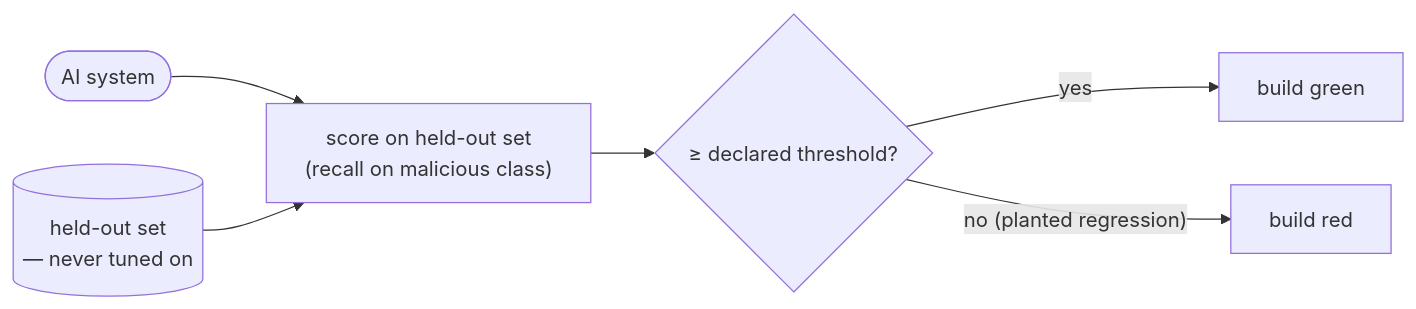
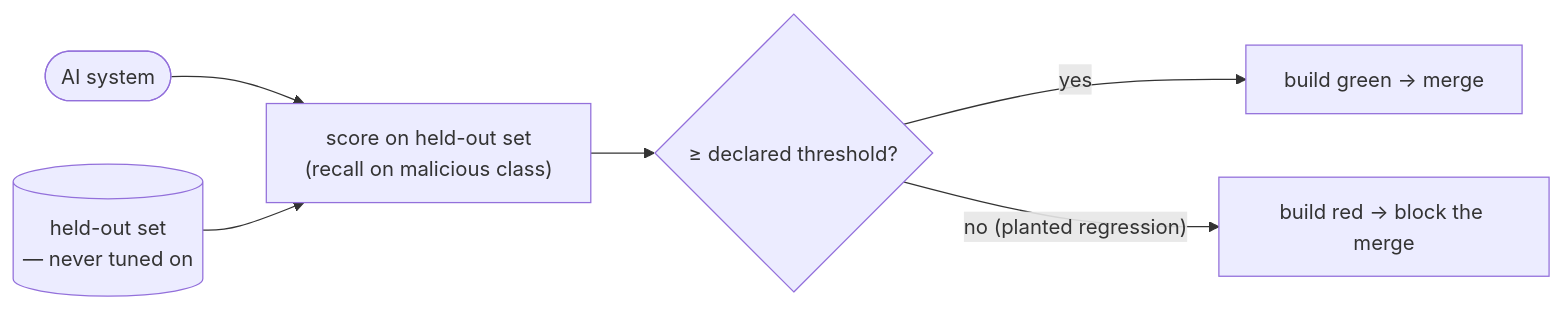
Before and after one commit to plaintext-security/plaintext: the second of 2 diagrams in tracks/12-ai-augmented-ops/modules/11-ai-evaluation/README.md, drawn with Mermaid. The commit also changed other lines of this file and 19 other files, not shown here.

````diff
--- a/tracks/12-ai-augmented-ops/modules/11-ai-evaluation/README.md
+++ b/tracks/12-ai-augmented-ops/modules/11-ai-evaluation/README.md
@@ -116,8 +143,8 @@
 ```mermaid
 flowchart LR
     S([AI system]) --> E["score on held-out set<br/>(recall on malicious class)"]
     HO[("held-out set<br/>— never tuned on")] --> E
     E --> G{"≥ declared threshold?"}
-    G -->|yes| PASS["build green"]
-    G -->|"no (planted regression)"| FAIL["build red"]
+    G -->|yes| PASS["build green → merge"]
+    G -->|"no (planted regression)"| FAIL["build red → block the merge"]
 ```
````
